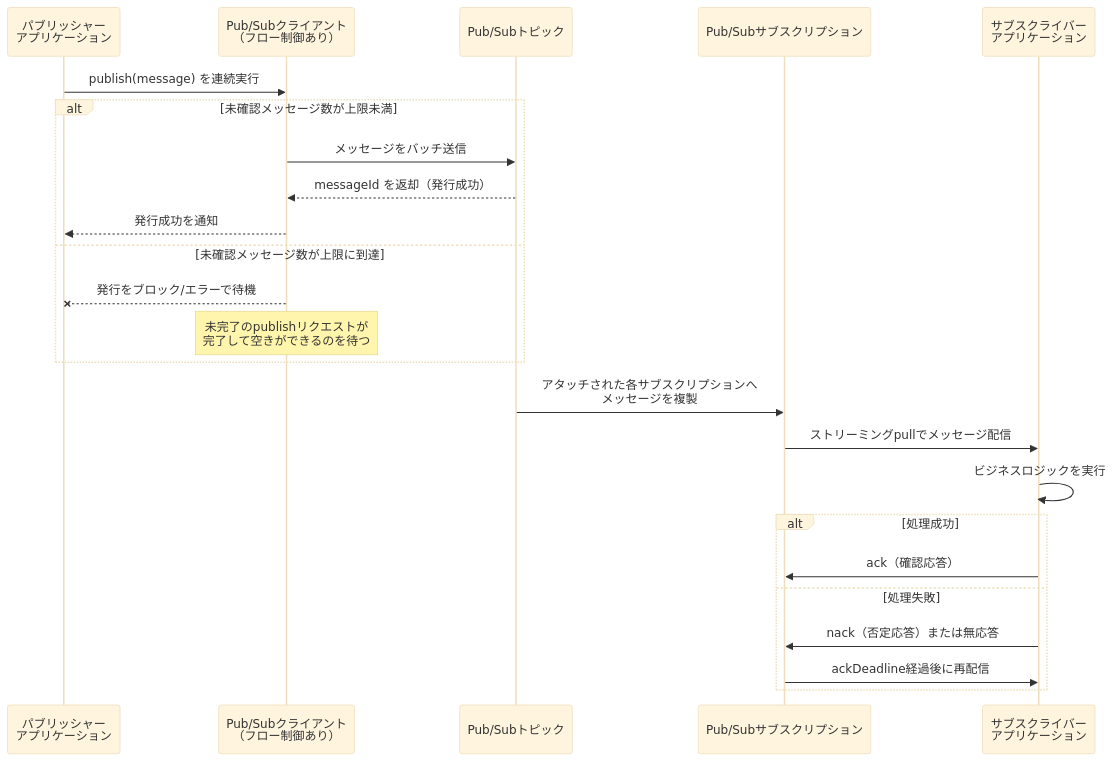
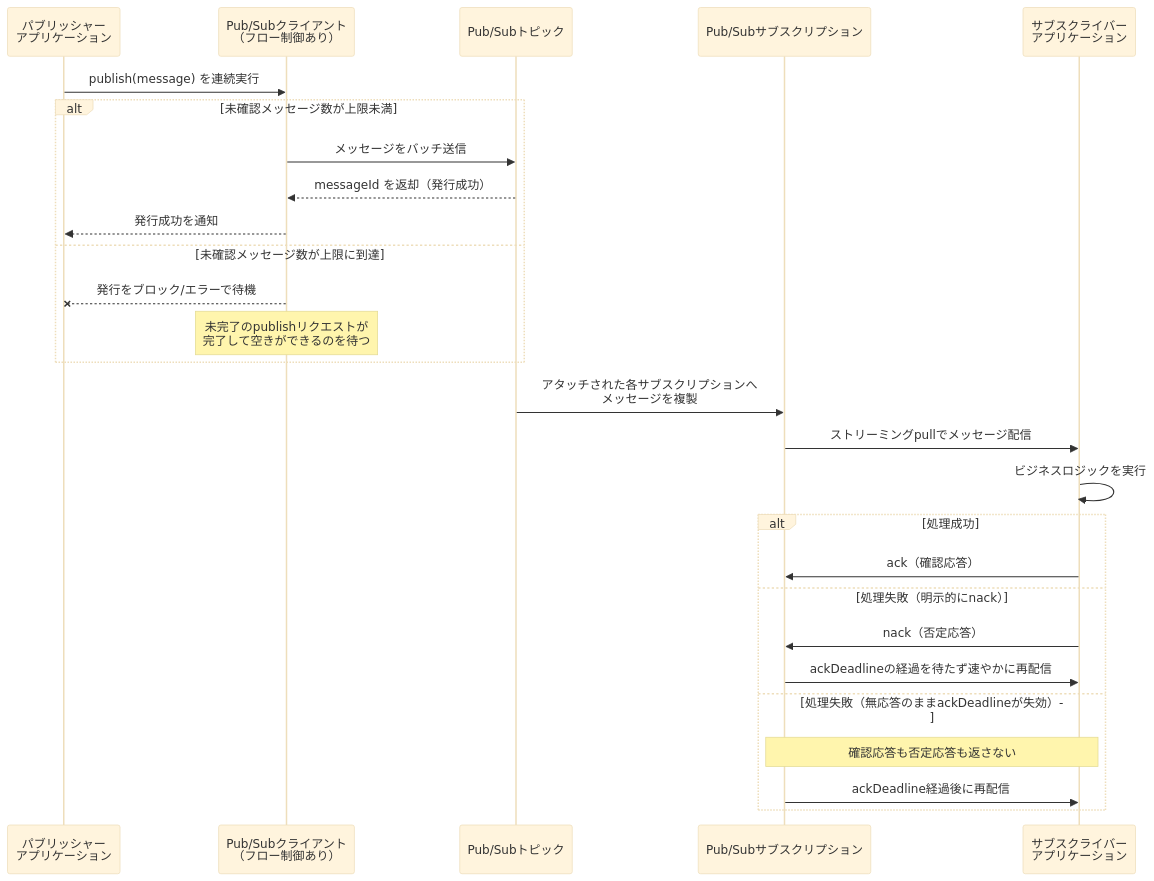
Before and after one commit to myoshi2891/Cloud-Infrastructure-Studies: the sixth of 15 diagrams in Gcp-professional-cloud-developer-section4.md, drawn with Mermaid (base theme). The commit also changed other lines of this file and 2 other files, not shown here.

````diff
--- a/Gcp-professional-cloud-developer-section4.md
+++ b/Gcp-professional-cloud-developer-section4.md
@@ -258,27 +266,30 @@
 ```mermaid
 sequenceDiagram
     participant Pub as パブリッシャー<br/>アプリケーション
     participant Client as Pub/Subクライアント<br/>（フロー制御あり）
     participant Topic as Pub/Subトピック
     participant Subsc as Pub/Subサブスクリプション
     participant Sub as サブスクライバー<br/>アプリケーション
 
     Pub->>Client: publish(message) を連続実行
     alt 未確認メッセージ数が上限未満
         Client->>Topic: メッセージをバッチ送信
         Topic-->>Client: messageId を返却（発行成功）
         Client-->>Pub: 発行成功を通知
     else 未確認メッセージ数が上限に到達
         Client--xPub: 発行をブロック/エラーで待機
         Note over Client: 未完了のpublishリクエストが<br/>完了して空きができるのを待つ
     end
     Topic->>Subsc: アタッチされた各サブスクリプションへ<br/>メッセージを複製
     Subsc->>Sub: ストリーミングpullでメッセージ配信
     Sub->>Sub: ビジネスロジックを実行
     alt 処理成功
         Sub->>Subsc: ack（確認応答）
-    else 処理失敗
-        Sub->>Subsc: nack（否定応答）または無応答
+    else 処理失敗（明示的にnack）
+        Sub->>Subsc: nack（否定応答）
+        Subsc->>Sub: ackDeadlineの経過を待たず速やかに再配信
+    else 処理失敗（無応答のままackDeadlineが失効）
+        Note over Sub,Subsc: 確認応答も否定応答も返さない
         Subsc->>Sub: ackDeadline経過後に再配信
     end
 ```
````
